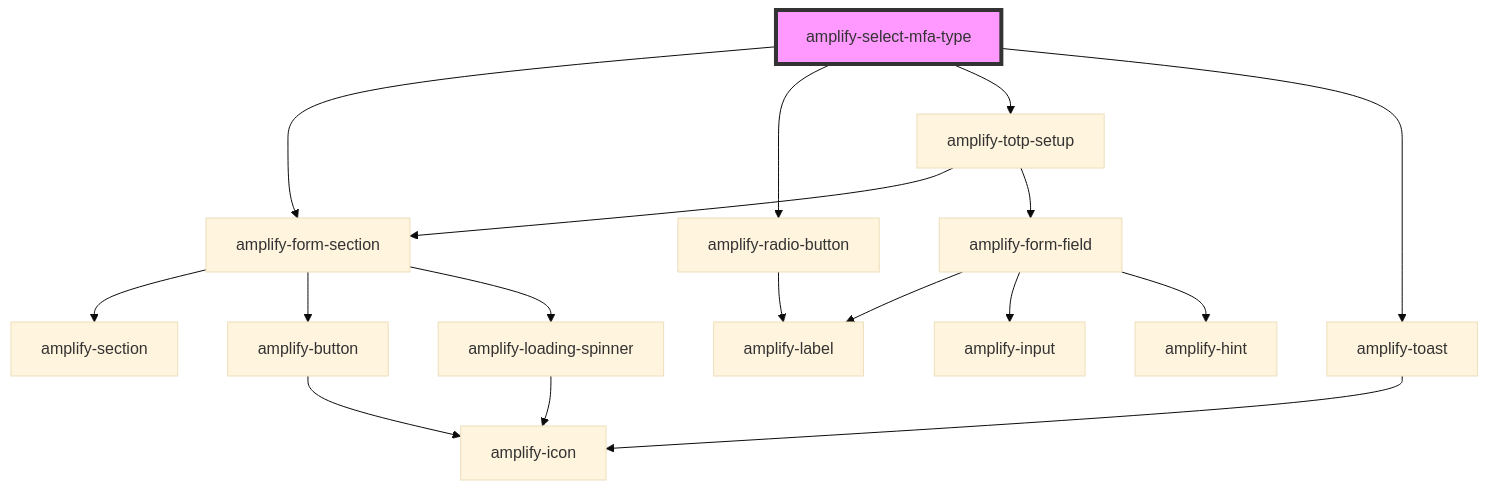
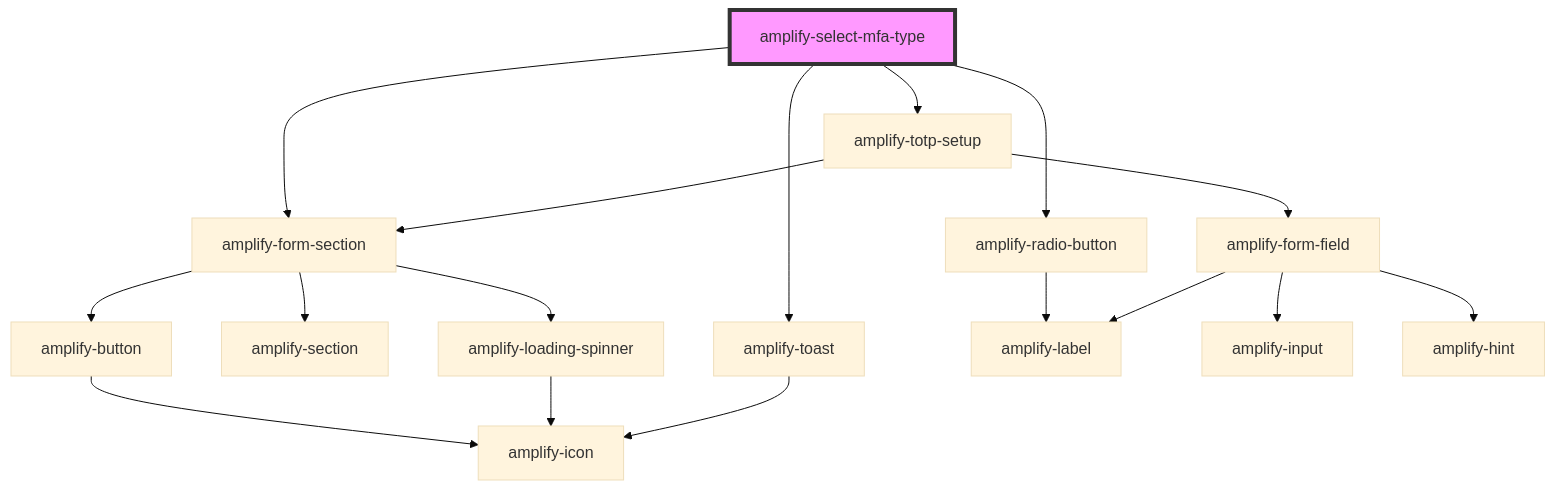
One commit to aws-amplify/amplify-js changed the diagram in packages/amplify-ui-components/src/components/amplify-select-mfa-type/readme.md. Above: the diagram before and after it, drawn with Mermaid (base theme). The commit also changed other lines of this file and 3 other files, not shown here.

````diff
--- a/packages/amplify-ui-components/src/components/amplify-select-mfa-type/readme.md
+++ b/packages/amplify-ui-components/src/components/amplify-select-mfa-type/readme.md
@@ -25,20 +25,20 @@
 ```mermaid
 graph TD;
   amplify-select-mfa-type --> amplify-form-section
   amplify-select-mfa-type --> amplify-radio-button
+  amplify-select-mfa-type --> amplify-toast
   amplify-select-mfa-type --> amplify-totp-setup
-  amplify-select-mfa-type --> amplify-toast
   amplify-form-section --> amplify-section
   amplify-form-section --> amplify-button
   amplify-form-section --> amplify-loading-spinner
   amplify-button --> amplify-icon
   amplify-loading-spinner --> amplify-icon
   amplify-radio-button --> amplify-label
+  amplify-toast --> amplify-icon
   amplify-totp-setup --> amplify-form-section
   amplify-totp-setup --> amplify-form-field
   amplify-form-field --> amplify-label
   amplify-form-field --> amplify-input
   amplify-form-field --> amplify-hint
-  amplify-toast --> amplify-icon
   style amplify-select-mfa-type fill:#f9f,stroke:#333,stroke-width:4px
 ```
````
